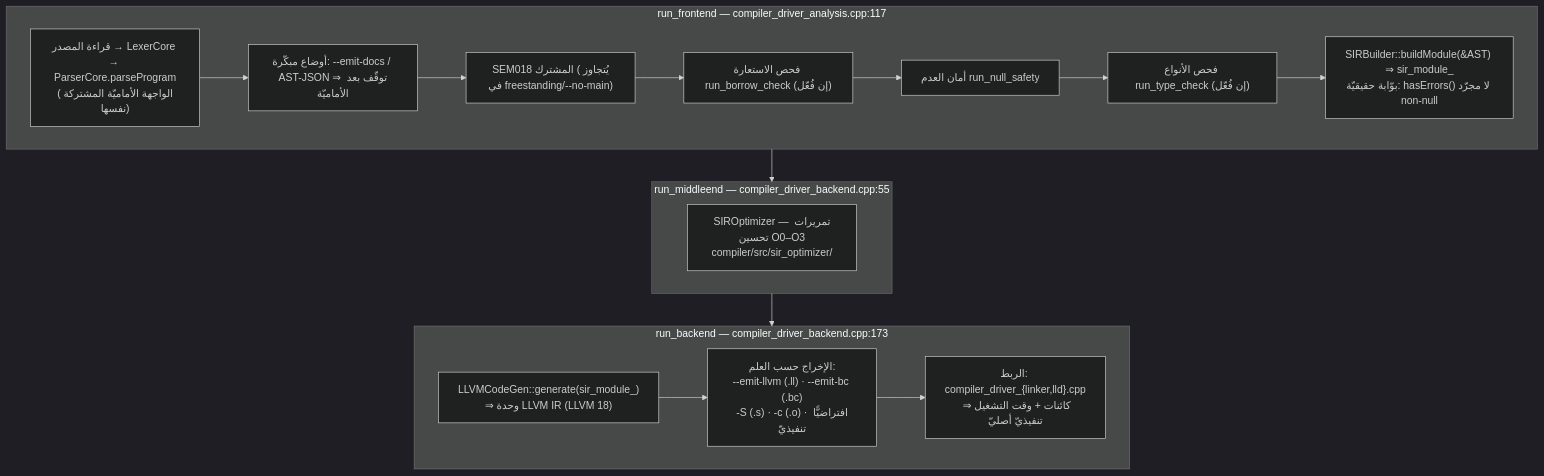
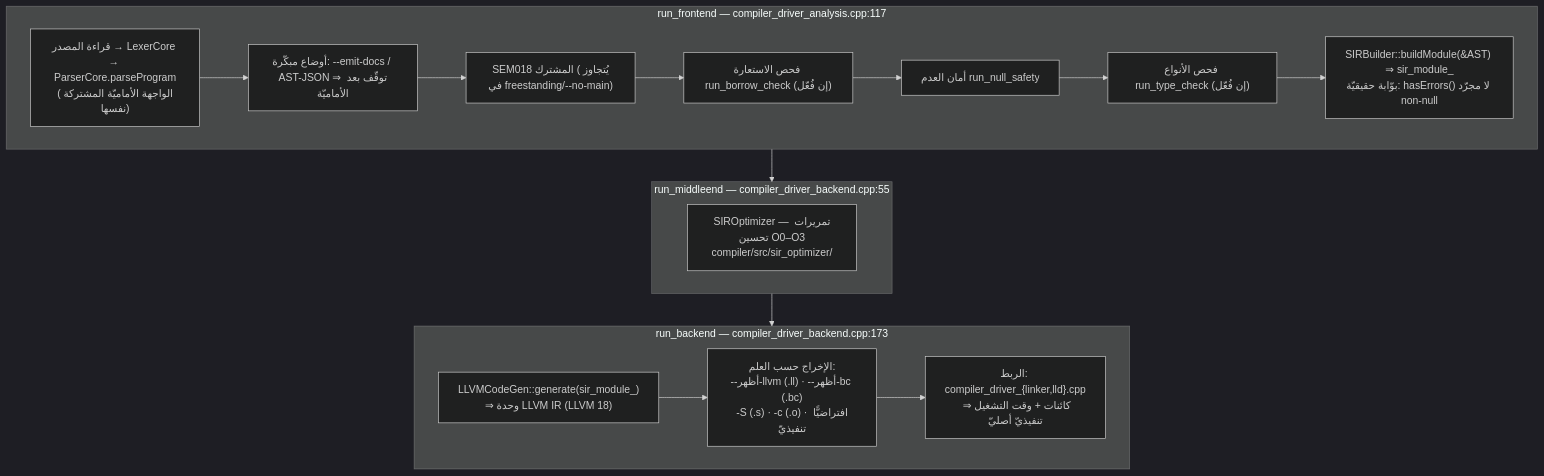
The third of 4 diagrams in docs/architecture/execution-pipeline.md (sadlang/sadlang), drawn with Mermaid (dark theme) before and after one commit. The commit also changed other lines of this file and 8 other files, not shown here.

````diff
--- a/docs/architecture/execution-pipeline.md
+++ b/docs/architecture/execution-pipeline.md
@@ -166,26 +166,26 @@
 ```mermaid
 flowchart TD
     subgraph FRONT["run_frontend — compiler_driver_analysis.cpp:117"]
         F1["قراءة المصدر → LexerCore → ParserCore.parseProgram<br/>(الواجهة الأماميّة المشتركة نفسها)"]
         F2["أوضاع مبكّرة: --emit-docs / AST-JSON ⇒ توقّف بعد الأماميّة"]
         F3["SEM018 المشترك (يُتجاوز في freestanding/--no-main)"]
         F4["فحص الاستعارة run_borrow_check (إن فُعّل)"]
         F5["أمان العدم run_null_safety"]
         F6["فحص الأنواع run_type_check (إن فُعّل)"]
         F7["SIRBuilder::buildModule(&AST) ⇒ sir_module_<br/>بوّابة حقيقيّة: hasErrors() لا مجرّد non-null"]
         F1 --> F2 --> F3 --> F4 --> F5 --> F6 --> F7
     end
 
     subgraph MID["run_middleend — compiler_driver_backend.cpp:55"]
         O["SIROptimizer — تمريرات تحسين O0–O3<br/>compiler/src/sir_optimizer/"]
     end
 
     subgraph BACK["run_backend — compiler_driver_backend.cpp:173"]
         B1["LLVMCodeGen::generate(sir_module_)<br/>⇒ وحدة LLVM IR (LLVM 18)"]
-        B2["الإخراج حسب العلم:<br/>--emit-llvm (.ll) · --emit-bc (.bc)<br/>-S (.s) · -c (.o) · افتراضيًّا تنفيذيّ"]
+        B2["الإخراج حسب العلم:<br/>--أظهر-llvm (.ll) · --أظهر-bc (.bc)<br/>-S (.s) · -c (.o) · افتراضيًّا تنفيذيّ"]
         B3["الربط: compiler_driver_{linker,lld}.cpp<br/>كائنات + وقت التشغيل ⇒ تنفيذيّ أصليّ"]
         B1 --> B2 --> B3
     end
 
     FRONT --> MID --> BACK
 ```
````
